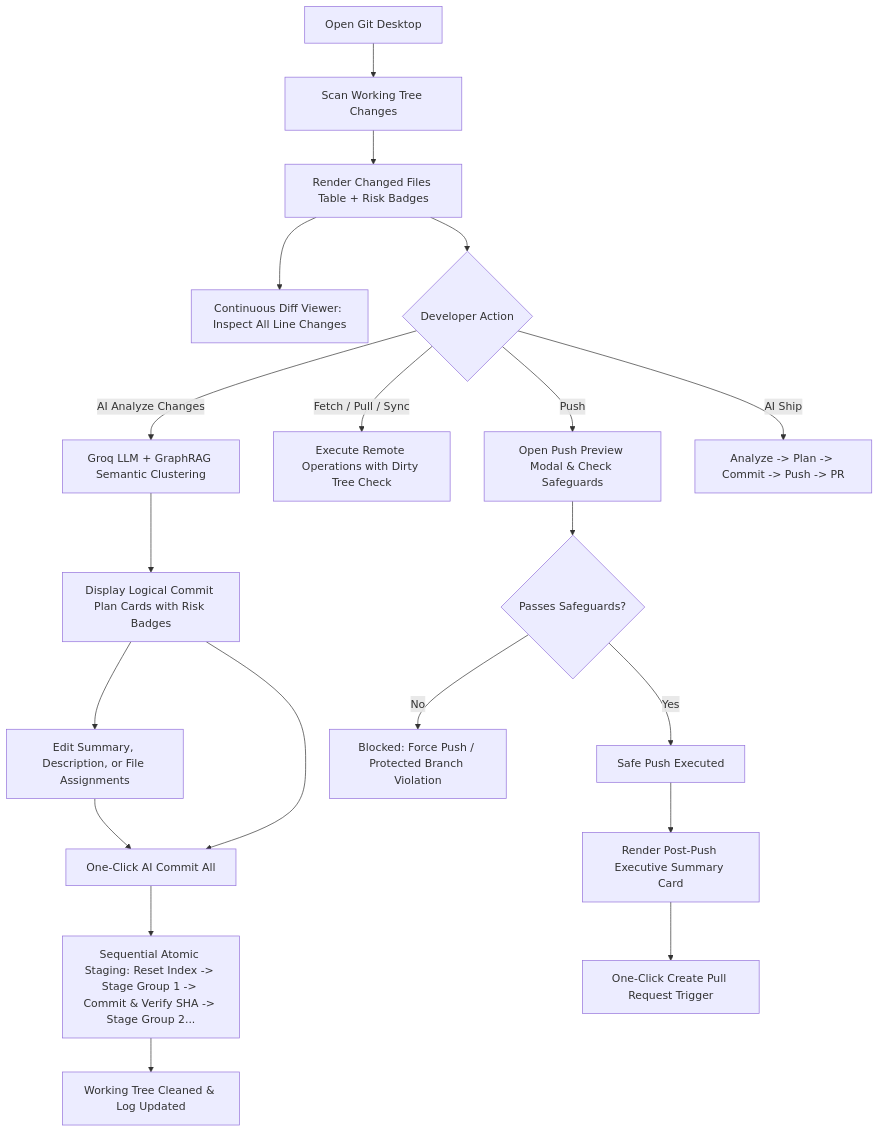
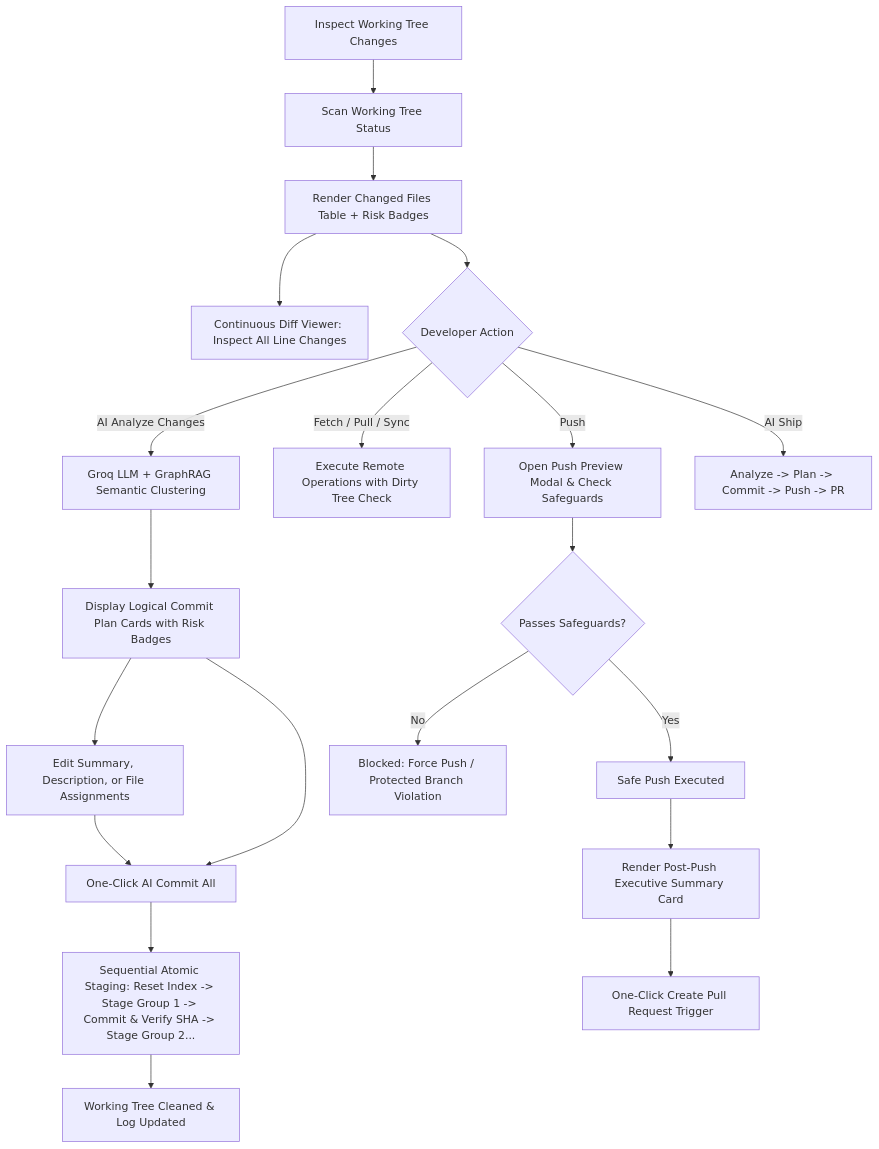
Before and after one commit to HarshPariya/git-agent: the fourth of 7 diagrams in docs/workflow.md, drawn with Mermaid. The commit also changed other lines of this file and 42 other files, not shown here.

````diff
--- a/docs/workflow.md
+++ b/docs/workflow.md
@@ -166,27 +168,27 @@
 ```mermaid
 flowchart TD
-    GD_START[Open Git Desktop] --> GD_DETECT[Scan Working Tree Changes]
+    GD_START[Inspect Working Tree Changes] --> GD_DETECT[Scan Working Tree Status]
     GD_DETECT --> GD_TABLE[Render Changed Files Table + Risk Badges]
     
     GD_TABLE --> GD_DIFF[Continuous Diff Viewer: Inspect All Line Changes]
     GD_TABLE --> GD_ACT{Developer Action}
     
     GD_ACT -->|AI Analyze Changes| GD_PLAN[Groq LLM + GraphRAG Semantic Clustering]
     GD_ACT -->|Fetch / Pull / Sync| GD_REMOTE[Execute Remote Operations with Dirty Tree Check]
     GD_ACT -->|Push| GD_PREVIEW[Open Push Preview Modal & Check Safeguards]
     GD_ACT -->|AI Ship| GD_SHIP[Analyze -> Plan -> Commit -> Push -> PR]
     
     GD_PLAN --> GD_CARDS[Display Logical Commit Plan Cards with Risk Badges]
     GD_CARDS --> GD_EDIT[Edit Summary, Description, or File Assignments]
     GD_EDIT --> GD_COMMIT_ALL[One-Click AI Commit All]
     GD_CARDS --> GD_COMMIT_ALL
     
     GD_COMMIT_ALL --> GD_SEQ[Sequential Atomic Staging: Reset Index -> Stage Group 1 -> Commit & Verify SHA -> Stage Group 2...]
     GD_SEQ --> GD_CLEAN[Working Tree Cleaned & Log Updated]
     
     GD_PREVIEW --> GD_SAFE{Passes Safeguards?}
     GD_SAFE -- No --> GD_BLOCK[Blocked: Force Push / Protected Branch Violation]
     GD_SAFE -- Yes --> GD_PUSH_EXEC[Safe Push Executed]
     GD_PUSH_EXEC --> GD_SUMMARY[Render Post-Push Executive Summary Card]
     GD_SUMMARY --> GD_CREATE_PR[One-Click Create Pull Request Trigger]
 ```
````
